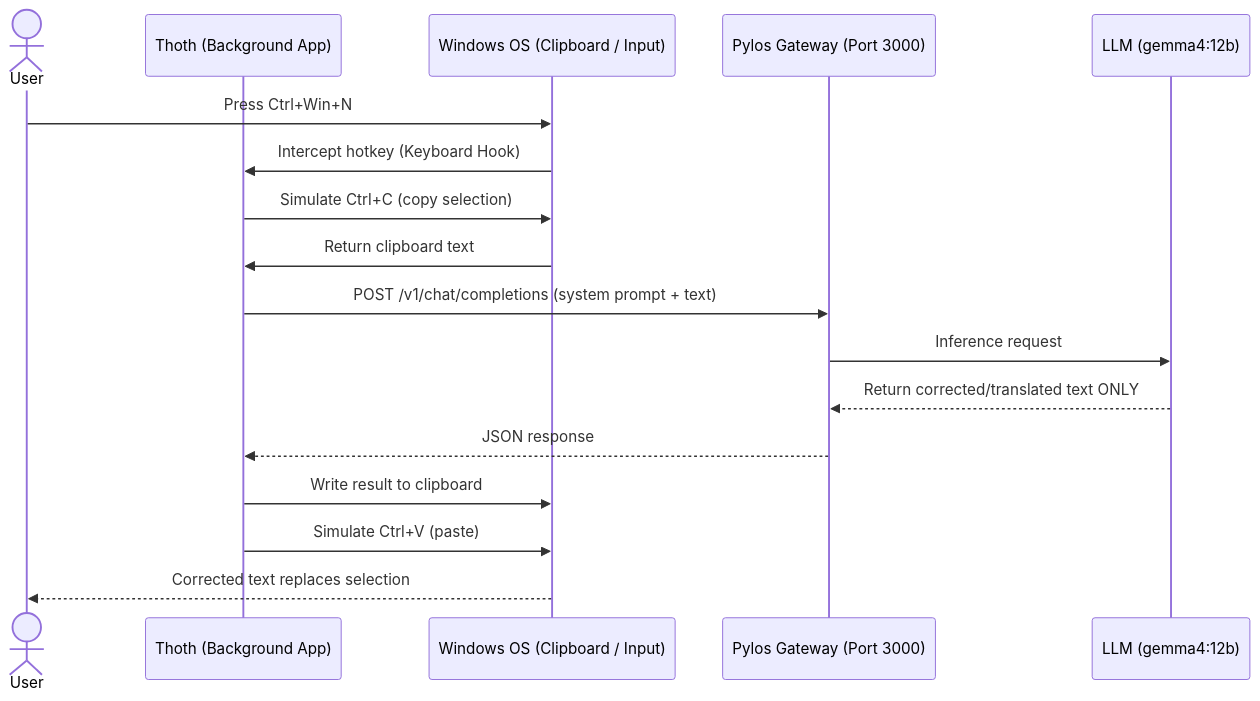
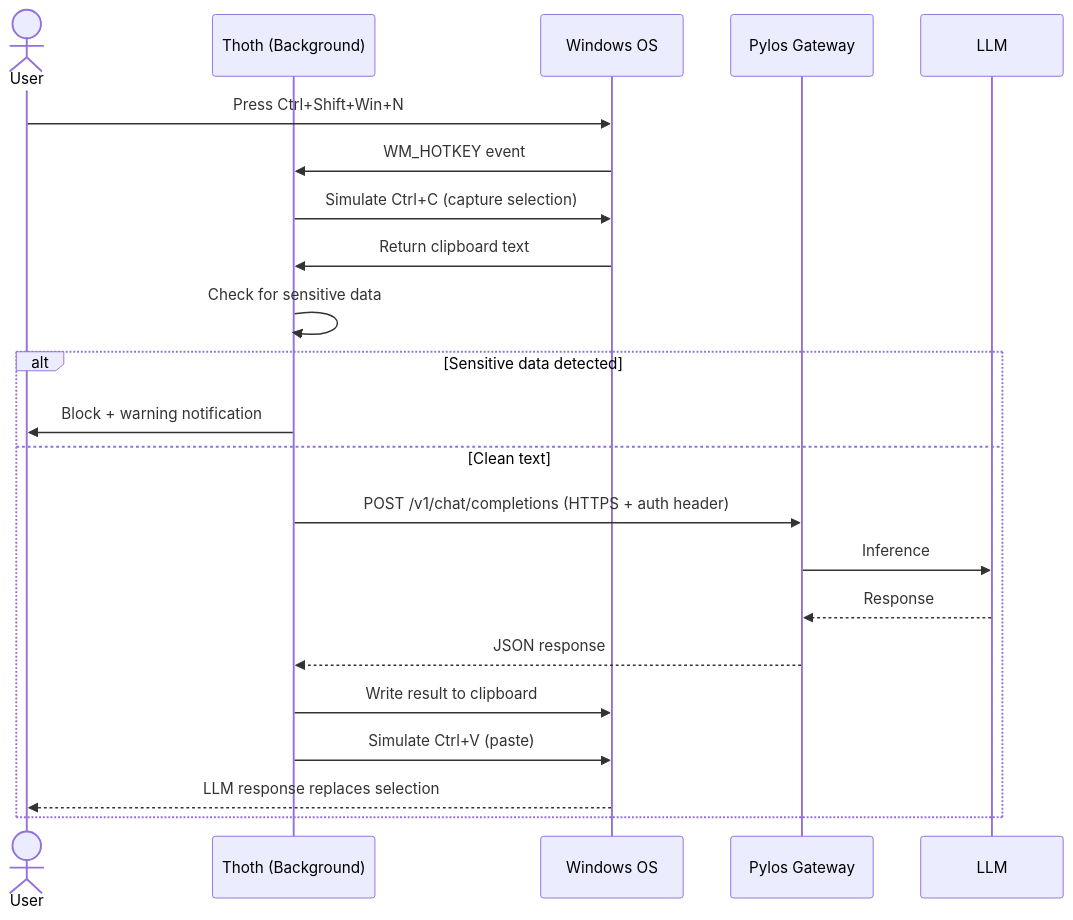
One commit to JZacharie/Thoth changed the first of 2 diagrams in README.md. Above: the diagram before and after it, drawn with Mermaid. The commit also changed other lines of this file and 7 other files, not shown here.

````diff
--- a/README.md
+++ b/README.md
@@ -30,20 +54,25 @@
 ```mermaid
 sequenceDiagram
     actor User
-    participant Thoth as Thoth (Background App)
-    participant OS as Windows OS (Clipboard / Input)
-    participant Pylos as Pylos Gateway (Port 3000)
-    participant LLM as LLM (gemma4:12b)
+    participant Thoth as Thoth (Background)
+    participant OS as Windows OS
+    participant Pylos as Pylos Gateway
+    participant LLM as LLM
 
-    User->>OS: Press Ctrl+Win+N
-    OS->>Thoth: Intercept hotkey (Keyboard Hook)
-    Thoth->>OS: Simulate Ctrl+C (copy selection)
+    User->>OS: Press Ctrl+Shift+Win+N
+    OS->>Thoth: WM_HOTKEY event
+    Thoth->>OS: Simulate Ctrl+C (capture selection)
     OS->>Thoth: Return clipboard text
-    Thoth->>Pylos: POST /v1/chat/completions (system prompt + text)
-    Pylos->>LLM: Inference request
-    LLM-->>Pylos: Return corrected/translated text ONLY
-    Pylos-->>Thoth: JSON response
-    Thoth->>OS: Write result to clipboard
-    Thoth->>OS: Simulate Ctrl+V (paste)
-    OS-->>User: Corrected text replaces selection
+    Thoth->>Thoth: Check for sensitive data
+    alt Sensitive data detected
+        Thoth->>User: Block + warning notification
+    else Clean text
+        Thoth->>Pylos: POST /v1/chat/completions (HTTPS + auth header)
+        Pylos->>LLM: Inference
+        LLM-->>Pylos: Response
+        Pylos-->>Thoth: JSON response
+        Thoth->>OS: Write result to clipboard
+        Thoth->>OS: Simulate Ctrl+V (paste)
+        OS-->>User: LLM response replaces selection
+    end
 ```
````
